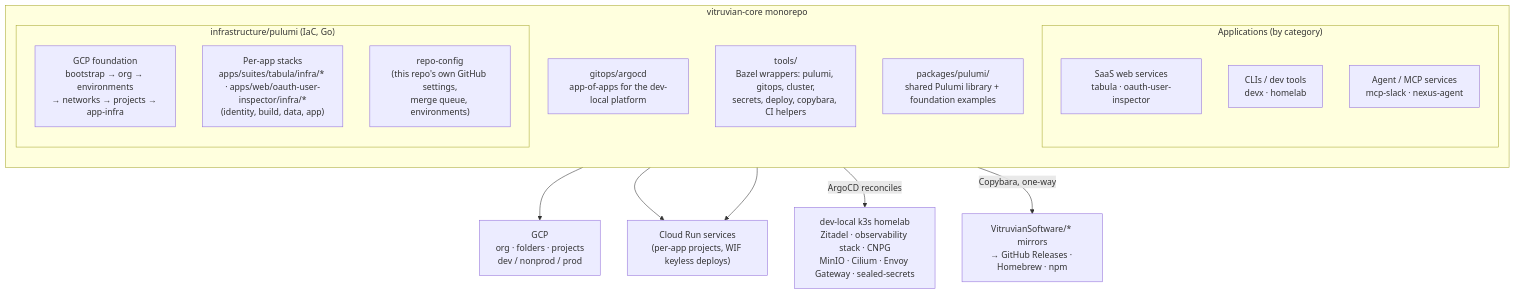
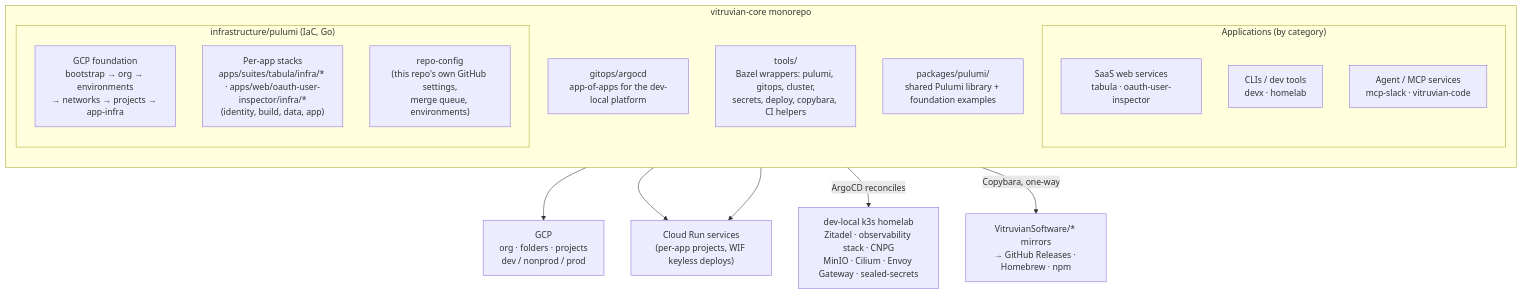
One commit to VitruvianSoftware/vitruvian-core changed the first of 3 diagrams in docs/concepts/monorepo-architecture.md. Above: the diagram before and after it, drawn with Mermaid. The commit also changed other lines of this file and 122 other files, not shown here.

Commit message:
chore(vitruvian-code): wip checkpoint

````diff
--- a/docs/concepts/monorepo-architecture.md
+++ b/docs/concepts/monorepo-architecture.md
@@ -11,25 +11,25 @@
 ```mermaid
 flowchart TB
     subgraph mono["vitruvian-core monorepo"]
         direction TB
         subgraph appsg["Applications (by category)"]
             saas["SaaS web services<br/>tabula · oauth-user-inspector"]
             clis["CLIs / dev tools<br/>devx · homelab"]
-            agents["Agent / MCP services<br/>mcp-slack · nexus-agent"]
+            agents["Agent / MCP services<br/>mcp-slack · vitruvian-code"]
         end
         subgraph infra["infrastructure/pulumi (IaC, Go)"]
             found["GCP foundation<br/>bootstrap → org → environments<br/>→ networks → projects → app-infra"]
             appstacks["Per-app stacks<br/>apps/suites/tabula/infra/* · apps/web/oauth-user-inspector/infra/*<br/>(identity, build, data, app)"]
             repocfg["repo-config<br/>(this repo's own GitHub settings,<br/>merge queue, environments)"]
         end
         gitopsdir["gitops/argocd<br/>app-of-apps for the dev-local platform"]
         toolsdir["tools/<br/>Bazel wrappers: pulumi, gitops, cluster,<br/>secrets, deploy, copybara, CI helpers"]
         pulib["packages/pulumi/<br/>shared Pulumi library + foundation examples"]
     end
 
     found --> gcp["GCP<br/>org · folders · projects<br/>dev / nonprod / prod"]
     appstacks --> run["Cloud Run services<br/>(per-app projects, WIF keyless deploys)"]
     gitopsdir -->|ArgoCD reconciles| lab["dev-local k3s homelab<br/>Zitadel · observability stack · CNPG<br/>MinIO · Cilium · Envoy Gateway · sealed-secrets"]
     saas --> run
     mono -->|Copybara, one-way| mirrors["VitruvianSoftware/* mirrors<br/>→ GitHub Releases · Homebrew · npm"]
 ```
````
